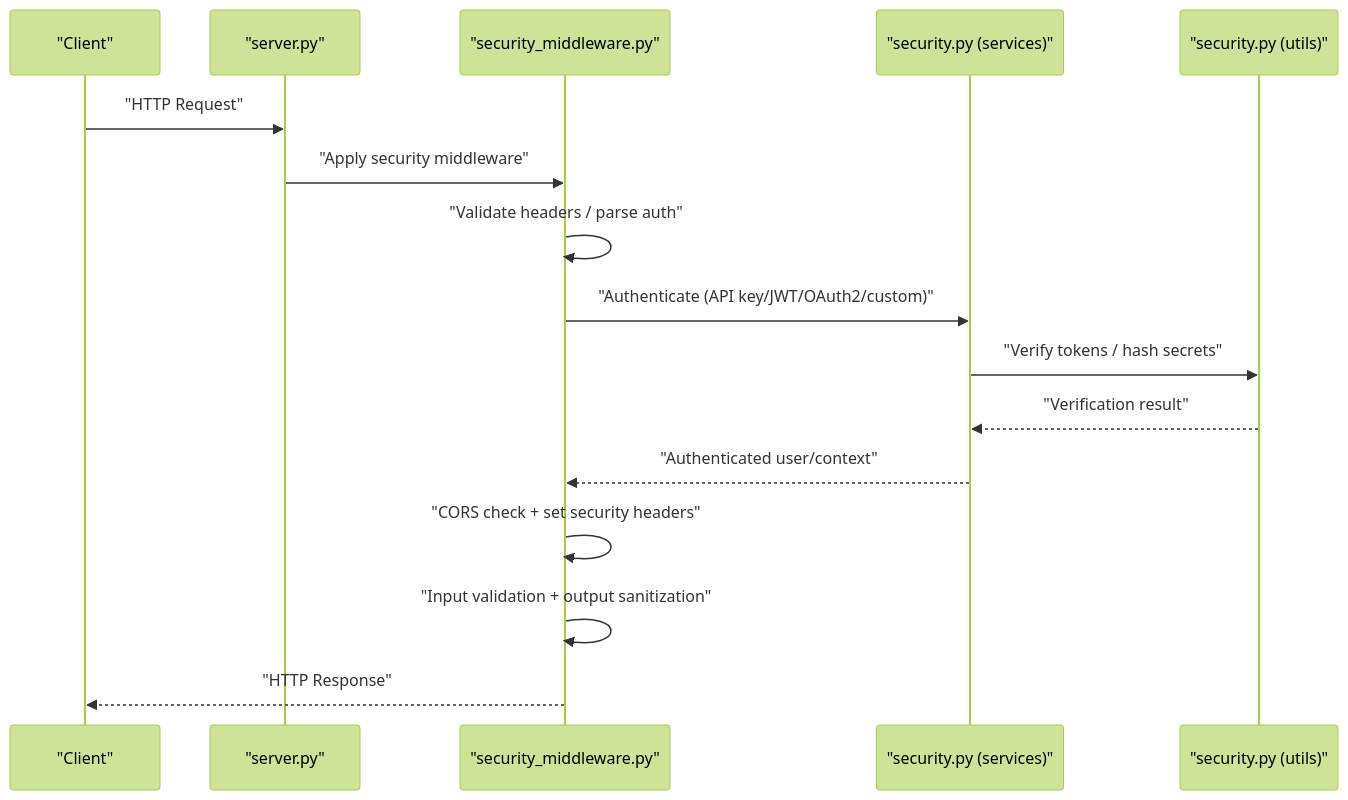
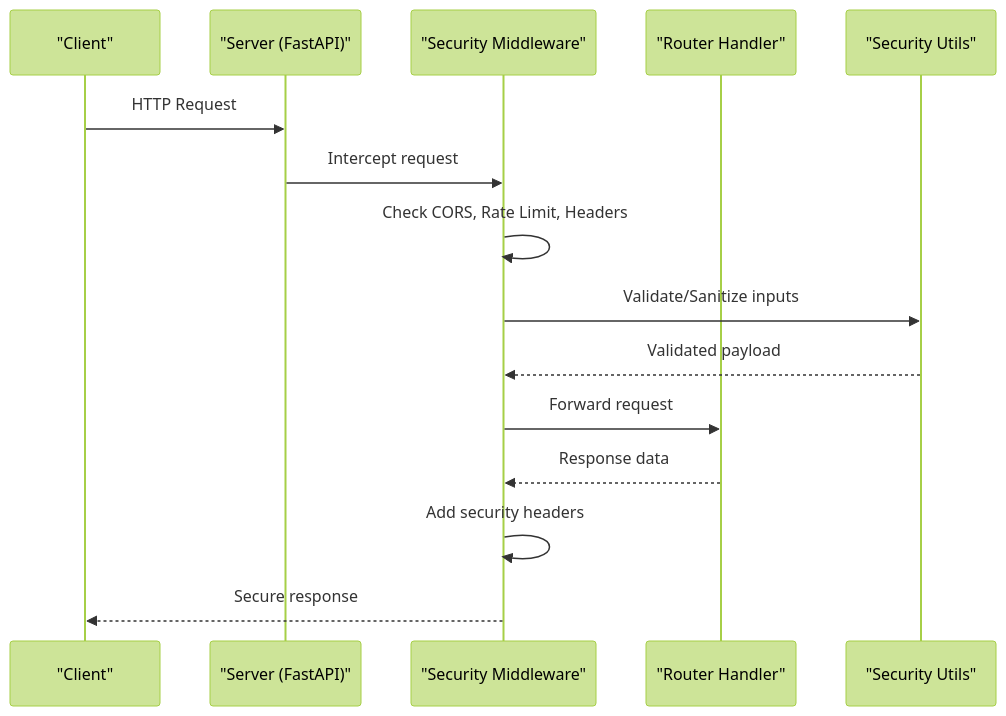
Before and after one commit to Sifr-r/LocalDeepL: the second of 4 diagrams in .qoder/repowiki/en/content/API Reference/Authentication & Security.md, drawn with Mermaid (forest theme). The commit also changed other lines of this file and 246 other files, not shown here.

````diff
--- a/.qoder/repowiki/en/content/API Reference/Authentication & Security.md
+++ b/.qoder/repowiki/en/content/API Reference/Authentication & Security.md
@@ -107,18 +89,17 @@
 ```mermaid
 sequenceDiagram
-participant Client as "Client"
-participant Server as "server.py"
-participant MW as "security_middleware.py"
-participant SEC as "security.py (services)"
-participant UTIL as "security.py (utils)"
-Client->>Server : "HTTP Request"
-Server->>MW : "Apply security middleware"
-MW->>MW : "Validate headers / parse auth"
-MW->>SEC : "Authenticate (API key/JWT/OAuth2/custom)"
-SEC->>UTIL : "Verify tokens / hash secrets"
-UTIL-->>SEC : "Verification result"
-SEC-->>MW : "Authenticated user/context"
-MW->>MW : "CORS check + set security headers"
-MW->>MW : "Input validation + output sanitization"
-MW-->>Client : "HTTP Response"
+participant C as "Client"
+participant S as "Server (FastAPI)"
+participant M as "Security Middleware"
+participant R as "Router Handler"
+participant U as "Security Utils"
+C->>S : HTTP Request
+S->>M : Intercept request
+M->>M : Check CORS, Rate Limit, Headers
+M->>U : Validate/Sanitize inputs
+U-->>M : Validated payload
+M->>R : Forward request
+R-->>M : Response data
+M->>M : Add security headers
+M-->>C : Secure response
 ```
````
